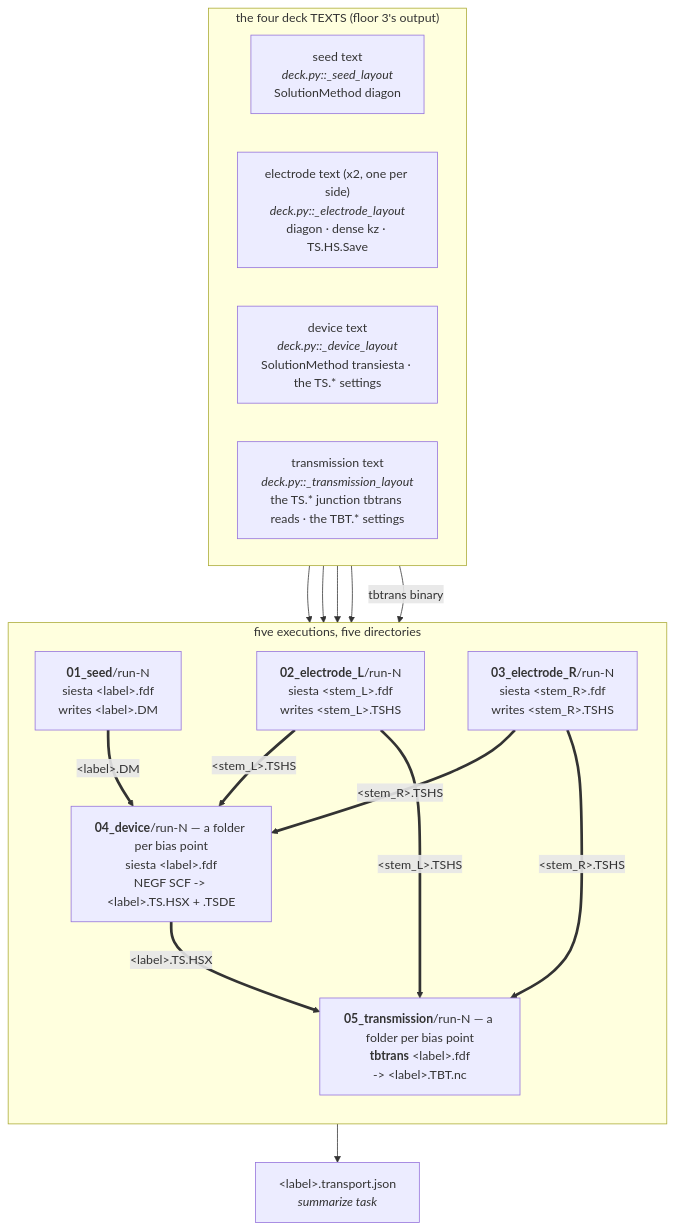
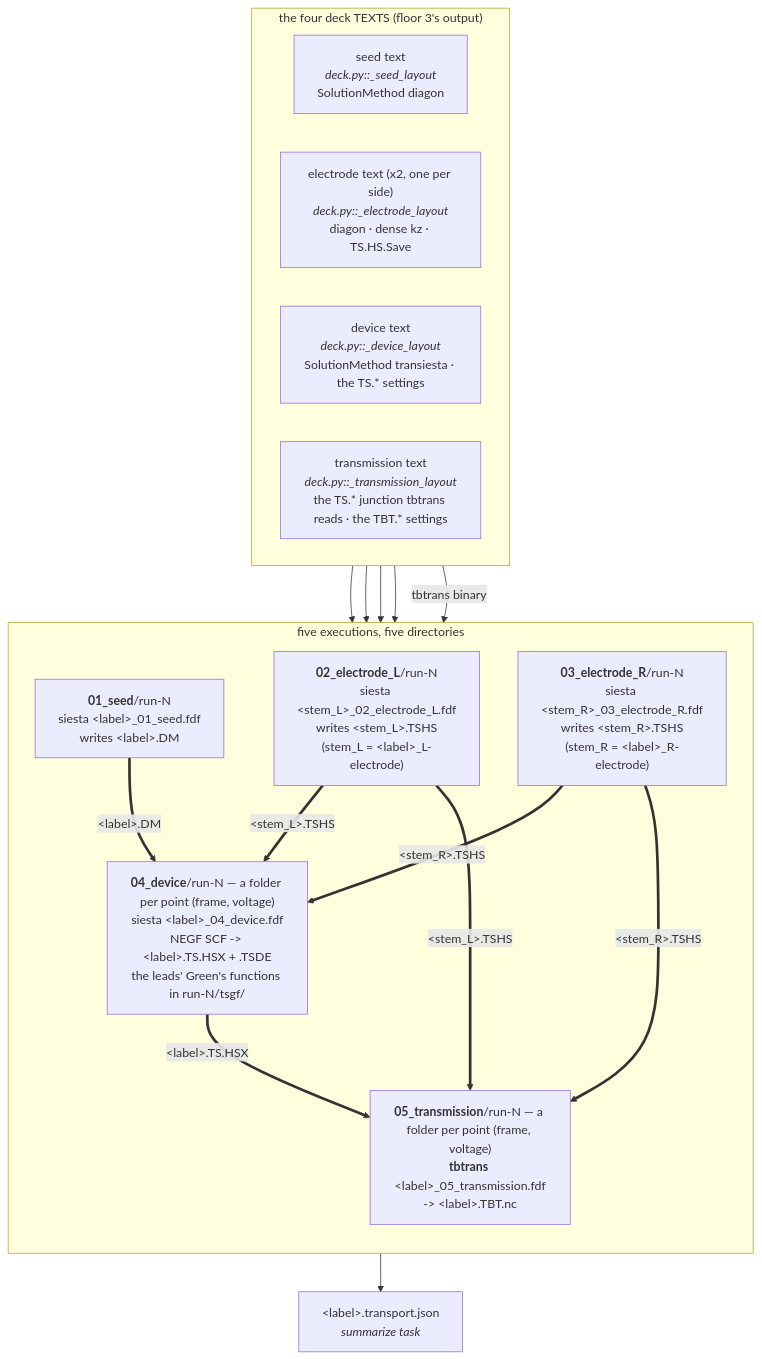
One commit to Qing-LAB/molbuilder changed diagram 11 of 12 in docs/engines/transport.md. Above: the diagram before and after it, drawn with Mermaid. The commit also changed other lines of this file and 54 other files, not shown here.

````diff
--- a/docs/engines/transport.md
+++ b/docs/engines/transport.md
@@ -4359,33 +4425,33 @@
 ```mermaid
 flowchart TB
     subgraph TXT["the four deck TEXTS (floor 3's output)"]
       direction LR
       T1["seed text<br/><i>deck.py::_seed_layout</i><br/>SolutionMethod diagon"]
       T2["electrode text (x2, one per side)<br/><i>deck.py::_electrode_layout</i><br/>diagon · dense kz · TS.HS.Save"]
       T3["device text<br/><i>deck.py::_device_layout</i><br/>SolutionMethod transiesta · the TS.* settings"]
       T4["transmission text<br/><i>deck.py::_transmission_layout</i><br/>the TS.* junction tbtrans reads · the TBT.* settings"]
     end
 
     T1 --> S1
     T2 --> S2
     T2 --> S3
     T3 --> S4
     T4 -->|"tbtrans binary"| S5
 
     subgraph RUN["five executions, five directories"]
       direction TB
-      S1["<b>01_seed</b>/run-N<br/>siesta &lt;label&gt;.fdf<br/>writes &lt;label&gt;.DM"]
-      S2["<b>02_electrode_L</b>/run-N<br/>siesta &lt;stem_L&gt;.fdf<br/>writes &lt;stem_L&gt;.TSHS"]
-      S3["<b>03_electrode_R</b>/run-N<br/>siesta &lt;stem_R&gt;.fdf<br/>writes &lt;stem_R&gt;.TSHS"]
-      S4["<b>04_device</b>/run-N — a folder per bias point<br/>siesta &lt;label&gt;.fdf<br/>NEGF SCF -> &lt;label&gt;.TS.HSX + .TSDE"]
-      S5["<b>05_transmission</b>/run-N — a folder per bias point<br/><b>tbtrans</b> &lt;label&gt;.fdf<br/>-> &lt;label&gt;.TBT.nc"]
+      S1["<b>01_seed</b>/run-N<br/>siesta &lt;label&gt;_01_seed.fdf<br/>writes &lt;label&gt;.DM"]
+      S2["<b>02_electrode_L</b>/run-N<br/>siesta &lt;stem_L&gt;_02_electrode_L.fdf<br/>writes &lt;stem_L&gt;.TSHS<br/>(stem_L = &lt;label&gt;_L-electrode)"]
+      S3["<b>03_electrode_R</b>/run-N<br/>siesta &lt;stem_R&gt;_03_electrode_R.fdf<br/>writes &lt;stem_R&gt;.TSHS<br/>(stem_R = &lt;label&gt;_R-electrode)"]
+      S4["<b>04_device</b>/run-N — a folder per point (frame, voltage)<br/>siesta &lt;label&gt;_04_device.fdf<br/>NEGF SCF -> &lt;label&gt;.TS.HSX + .TSDE<br/>the leads' Green's functions in run-N/tsgf/"]
+      S5["<b>05_transmission</b>/run-N — a folder per point (frame, voltage)<br/><b>tbtrans</b> &lt;label&gt;_05_transmission.fdf<br/>-> &lt;label&gt;.TBT.nc"]
     end
 
     S1 ==>|"&lt;label&gt;.DM"| S4
     S2 ==>|"&lt;stem_L&gt;.TSHS"| S4
     S3 ==>|"&lt;stem_R&gt;.TSHS"| S4
     S2 ==>|"&lt;stem_L&gt;.TSHS"| S5
     S3 ==>|"&lt;stem_R&gt;.TSHS"| S5
     S4 ==>|"&lt;label&gt;.TS.HSX"| S5
     S5 --> REC["&lt;label&gt;.transport.json<br/><i>summarize task</i>"]
 ```
````
